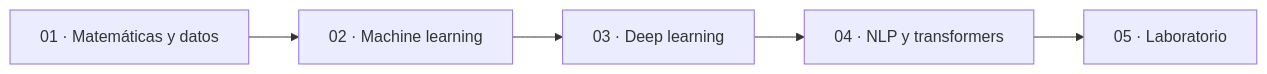
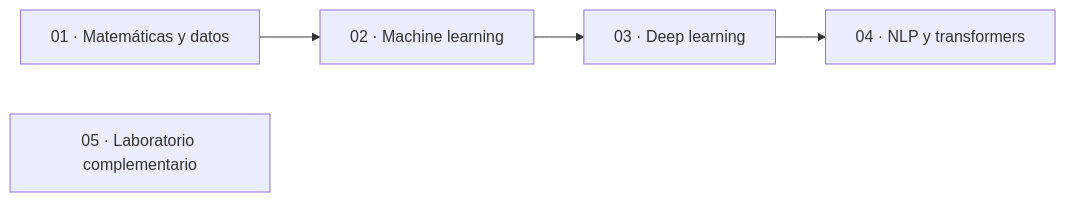
One commit to joedejesus/JJ_ML_DL_BOOK changed the diagram in README.md. Above: the diagram before and after it, drawn with Mermaid. The commit also changed other lines of this file and 9 other files, not shown here.

````diff
--- a/README.md
+++ b/README.md
@@ -34,7 +47,7 @@
 ```mermaid
 flowchart LR
     A[01 · Matemáticas y datos] --> B[02 · Machine learning]
     B --> C[03 · Deep learning]
     C --> D[04 · NLP y transformers]
-    D --> E[05 · Laboratorio]
+    E[05 · Laboratorio complementario]
 ```
````
